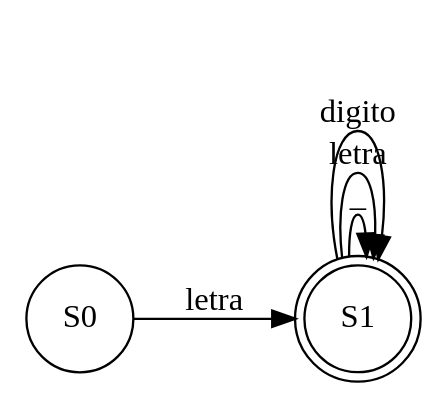
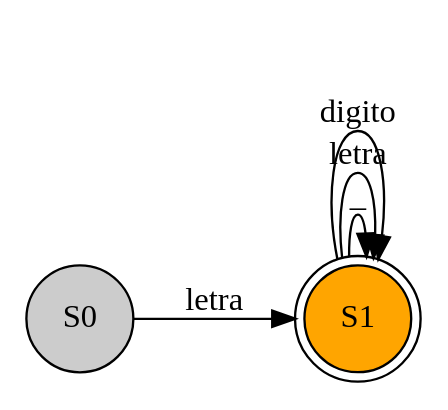
One commit to Desconocido502/OLC1-proyecto1-201902502 changed the diagram in src/AFD_201902502/identificador.dot. Above: the diagram before and after it, drawn with Graphviz. The commit also changed 77 other files, not shown here.

```diff
--- a/src/AFD_201902502/identificador.dot
+++ b/src/AFD_201902502/identificador.dot
@@ -1,10 +1,11 @@
 digraph finite_state_machine {
 rankdir=LR;
 size="8,5"
-node [shape = doublecircle];S1;
-node [shape = circle];
+S1[shape = doublecircle, style = filled, fillcolor = "#FFA500"];
+
+node [shape = circle, style = filled, fillcolor = "#CCCCCC"];
 S0->S1[ label ="letra"];
 S1->S1[ label ="_"];
 S1->S1[ label ="letra"];
 S1->S1[ label ="digito"];
 }
```
